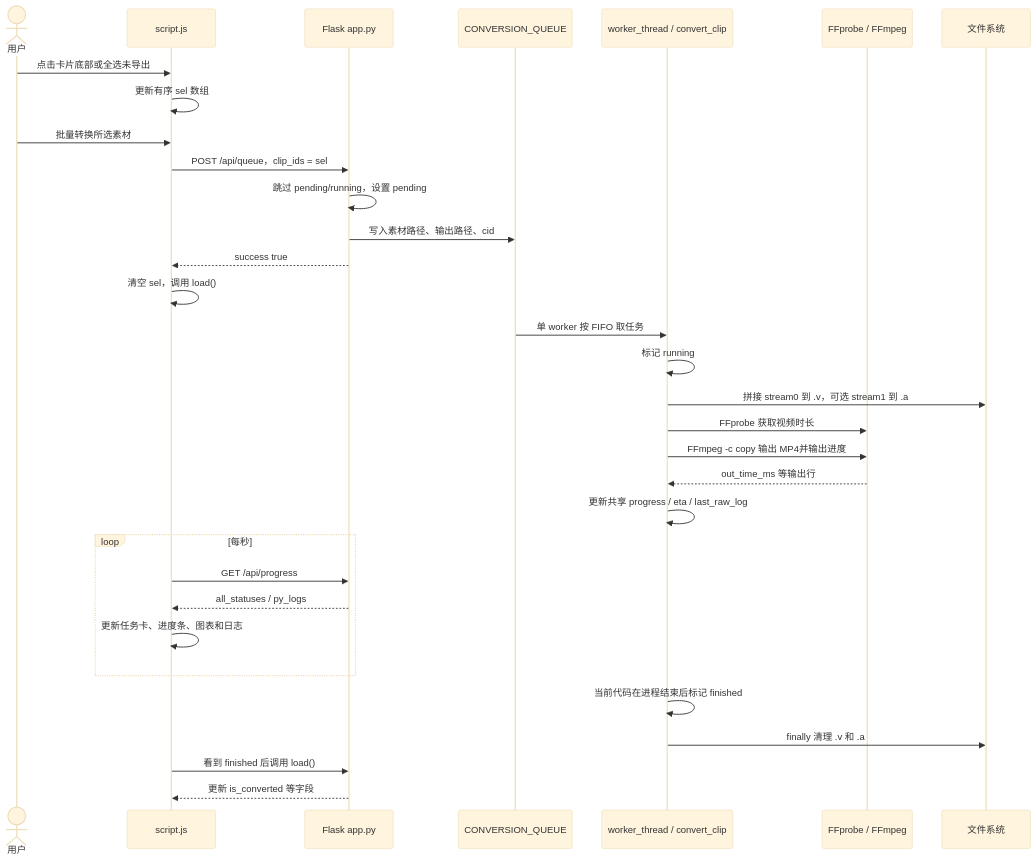
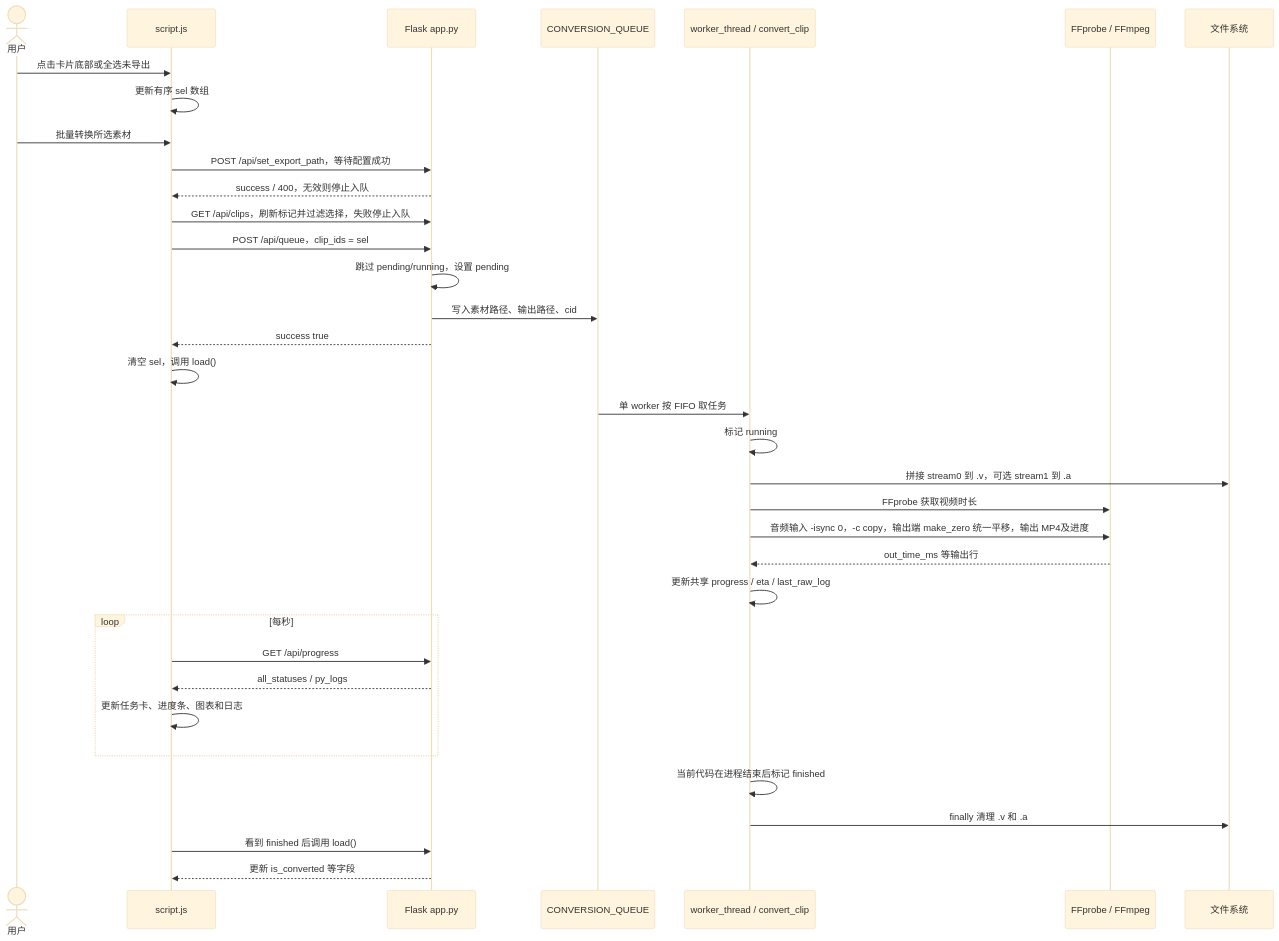
Before and after one commit to bweq8527/AiTools__SteamClipExporter: the second of 2 diagrams in AGENTS/DATA_FLOW.md, drawn with Mermaid (base theme). The commit also changed other lines of this file and 24 other files, not shown here.

````diff
--- a/AGENTS/DATA_FLOW.md
+++ b/AGENTS/DATA_FLOW.md
@@ -34,34 +34,37 @@
 ```mermaid
 sequenceDiagram
     actor U as 用户
     participant UI as script.js
     participant API as Flask app.py
     participant Q as CONVERSION_QUEUE
     participant W as worker_thread / convert_clip
     participant FF as FFprobe / FFmpeg
     participant FS as 文件系统
     U->>UI: 点击卡片底部或全选未导出
     UI->>UI: 更新有序 sel 数组
     U->>UI: 批量转换所选素材
+    UI->>API: POST /api/set_export_path，等待配置成功
+    API-->>UI: success / 400，无效则停止入队
+    UI->>API: GET /api/clips，刷新标记并过滤选择，失败停止入队
     UI->>API: POST /api/queue，clip_ids = sel
     API->>API: 跳过 pending/running，设置 pending
     API->>Q: 写入素材路径、输出路径、cid
     API-->>UI: success true
     UI->>UI: 清空 sel，调用 load()
     Q->>W: 单 worker 按 FIFO 取任务
     W->>W: 标记 running
     W->>FS: 拼接 stream0 到 .v，可选 stream1 到 .a
     W->>FF: FFprobe 获取视频时长
-    W->>FF: FFmpeg -c copy 输出 MP4并输出进度
+    W->>FF: 音频输入 -isync 0，-c copy，输出端 make_zero 统一平移，输出 MP4及进度
     FF-->>W: out_time_ms 等输出行
     W->>W: 更新共享 progress / eta / last_raw_log
     loop 每秒
         UI->>API: GET /api/progress
         API-->>UI: all_statuses / py_logs
         UI->>UI: 更新任务卡、进度条、图表和日志
     end
     W->>W: 当前代码在进程结束后标记 finished
     W->>FS: finally 清理 .v 和 .a
     UI->>API: 看到 finished 后调用 load()
     API-->>UI: 更新 is_converted 等字段
 ```
````
